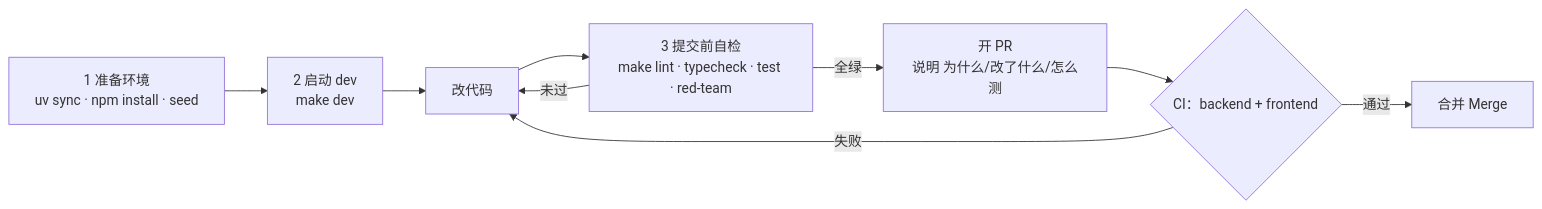
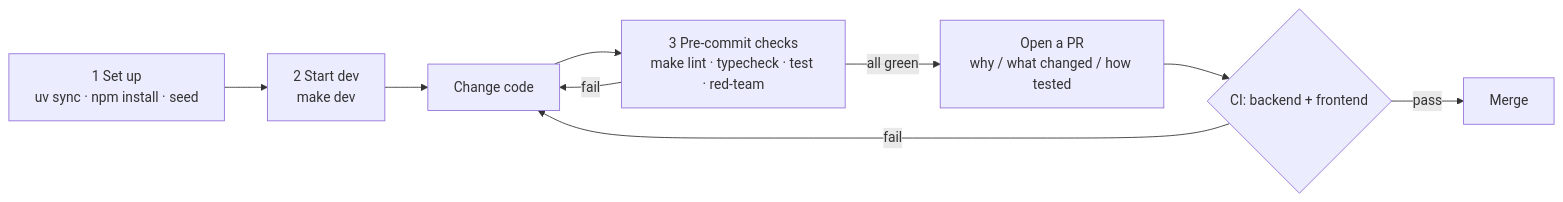
Before and after one commit to AndyUneducated/resolve-ai: the diagram in CONTRIBUTING.md, drawn with Mermaid. The commit also changed other lines of this file and 79 other files, not shown here.

````diff
--- a/CONTRIBUTING.md
+++ b/CONTRIBUTING.md
@@ -12,11 +12,11 @@
 ```mermaid
 flowchart LR
-  setup["1 准备环境<br/>uv sync · npm install · seed"] --> dev["2 启动 dev<br/>make dev"]
-  dev --> code["改代码"]
-  code --> check["3 提交前自检<br/>make lint · typecheck · test · red-team"]
-  check -->|未过| code
-  check -->|全绿| pr["开 PR<br/>说明 为什么/改了什么/怎么测"]
-  pr --> ci{"CI：backend + frontend"}
-  ci -->|失败| code
-  ci -->|通过| merge["合并 Merge"]
+  setup["1 Set up<br/>uv sync · npm install · seed"] --> dev["2 Start dev<br/>make dev"]
+  dev --> code["Change code"]
+  code --> check["3 Pre-commit checks<br/>make lint · typecheck · test · red-team"]
+  check -->|fail| code
+  check -->|all green| pr["Open a PR<br/>why / what changed / how tested"]
+  pr --> ci{"CI: backend + frontend"}
+  ci -->|fail| code
+  ci -->|pass| merge["Merge"]
 ```
````
